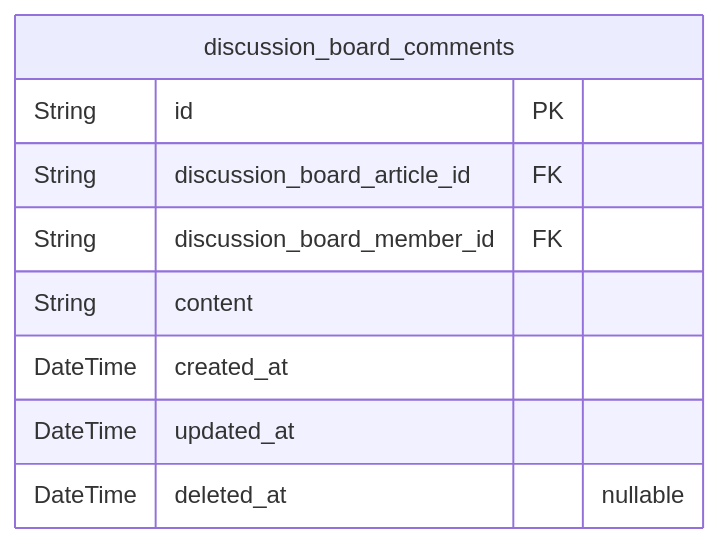
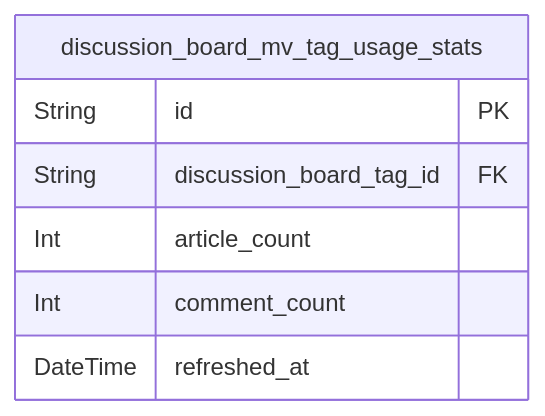
One commit to wrtnlabs/autobe-examples changed the eighth of 8 diagrams in openai/gpt-4.1-mini/bbs/docs/ERD.md. Above: the diagram before and after it, drawn with Mermaid. The commit also changed other lines of this file and 23872 other files, not shown here.

````diff
--- a/openai/gpt-4.1-mini/bbs/docs/ERD.md
+++ b/openai/gpt-4.1-mini/bbs/docs/ERD.md
@@ -259,12 +1080,10 @@
 ```mermaid
 erDiagram
-"discussion_board_comments" {
+"discussion_board_mv_tag_usage_stats" {
   String id PK
-  String discussion_board_article_id FK
-  String discussion_board_member_id FK
-  String content
-  DateTime created_at
-  DateTime updated_at
-  DateTime deleted_at "nullable"
+  String discussion_board_tag_id FK
+  Int article_count
+  Int comment_count
+  DateTime refreshed_at
 }
 ```
````
